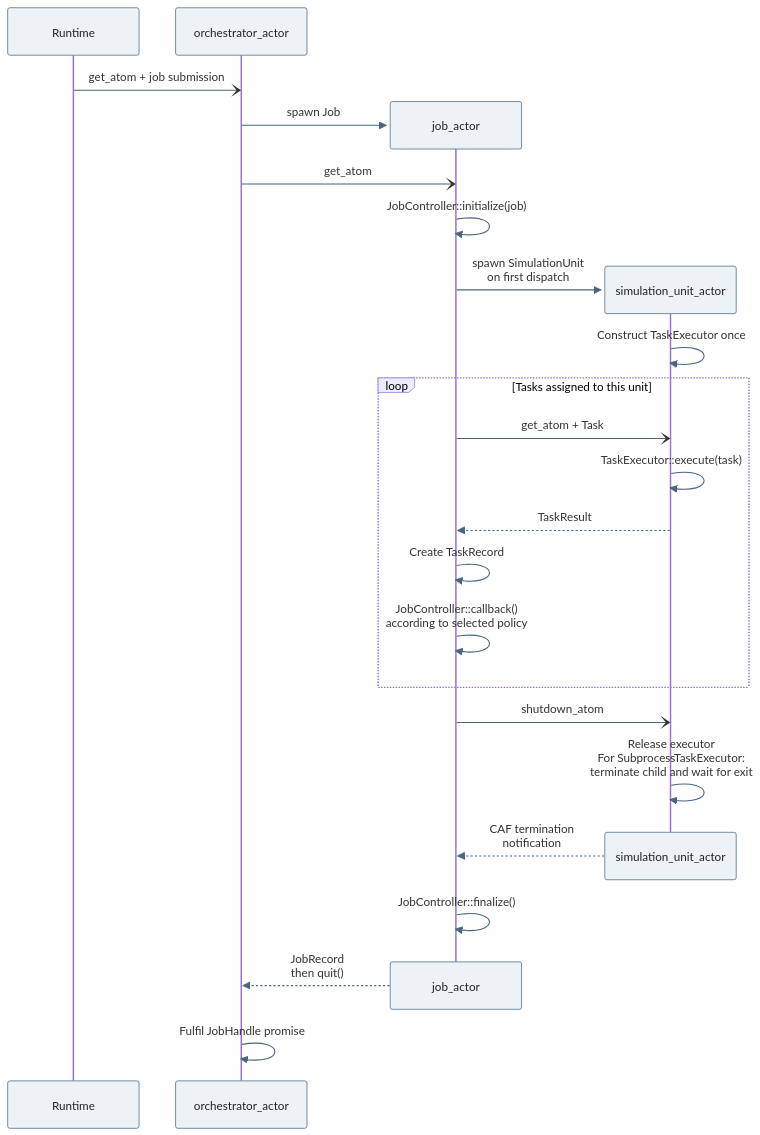
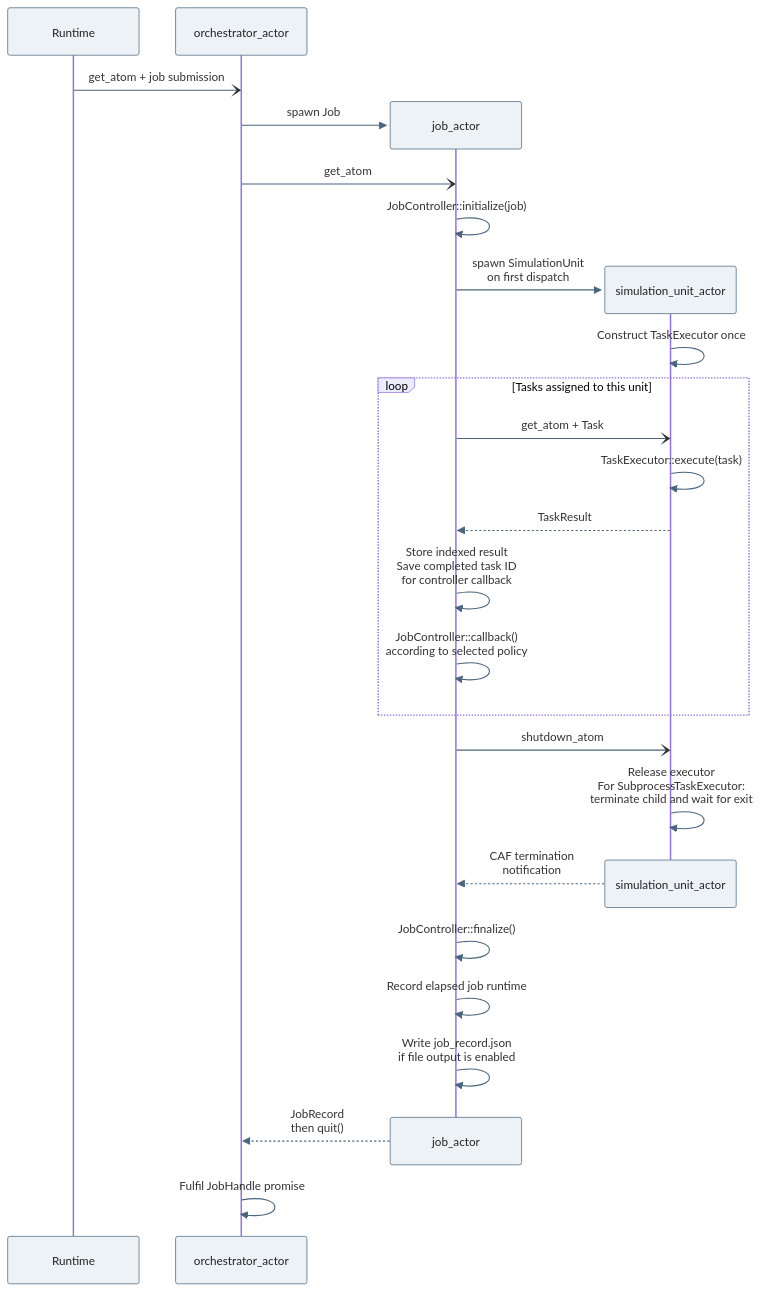
Before and after one commit to uofs-simlab/miaow-framework: the diagram in docs/diagrams/job_execution.mmd, drawn with Mermaid. The commit also changed 131 other files, not shown here.

```diff
--- a/docs/diagrams/job_execution.mmd
+++ b/docs/diagrams/job_execution.mmd
@@ -1,50 +1,52 @@
 ---
 config:
   sequence:
     useMaxWidth: true
     mirrorActors: true
     width: 180
     actorMargin: 24
     diagramMarginX: 16
     diagramMarginY: 12
     messageMargin: 18
     actorFontSize: 14
     messageFontSize: 14
     noteFontSize: 14
   themeVariables:
     actorBkg: "#edf2f6"
     actorBorder: "#4a657d"
     actorTextColor: "#222222"
     signalColor: "#4a657d"
     noteBkgColor: "#fff3df"
     noteBorderColor: "#e8a84b"
 ---
 sequenceDiagram
     participant R as Runtime
     participant O as orchestrator_actor
 
     R-)O: get_atom + job submission
     create participant J as job_actor
     O->>J: spawn Job
     O-)J: get_atom
     J->>J: JobController::initialize(job)
     create participant U as simulation_unit_actor
     J->>U: spawn SimulationUnit<br/>on first dispatch
     U->>U: Construct TaskExecutor once
 
     loop Tasks assigned to this unit
         J-)U: get_atom + Task
         U->>U: TaskExecutor::execute(task)
         U-->>J: TaskResult
-        J->>J: Create TaskRecord
+        J->>J: Store indexed result<br/>Save completed task ID<br/>for controller callback
         J->>J: JobController::callback()<br/>according to selected policy
     end
 
     J-)U: shutdown_atom
     U->>U: Release executor<br/>For SubprocessTaskExecutor:<br/>terminate child and wait for exit
     destroy U
     U-->>J: CAF termination<br/>notification
     J->>J: JobController::finalize()
+    J->>J: Record elapsed job runtime
+    J->>J: Write job_record.json<br/>if file output is enabled
     destroy J
     J-->>O: JobRecord<br/>then quit()
     O->>O: Fulfil JobHandle promise
```
